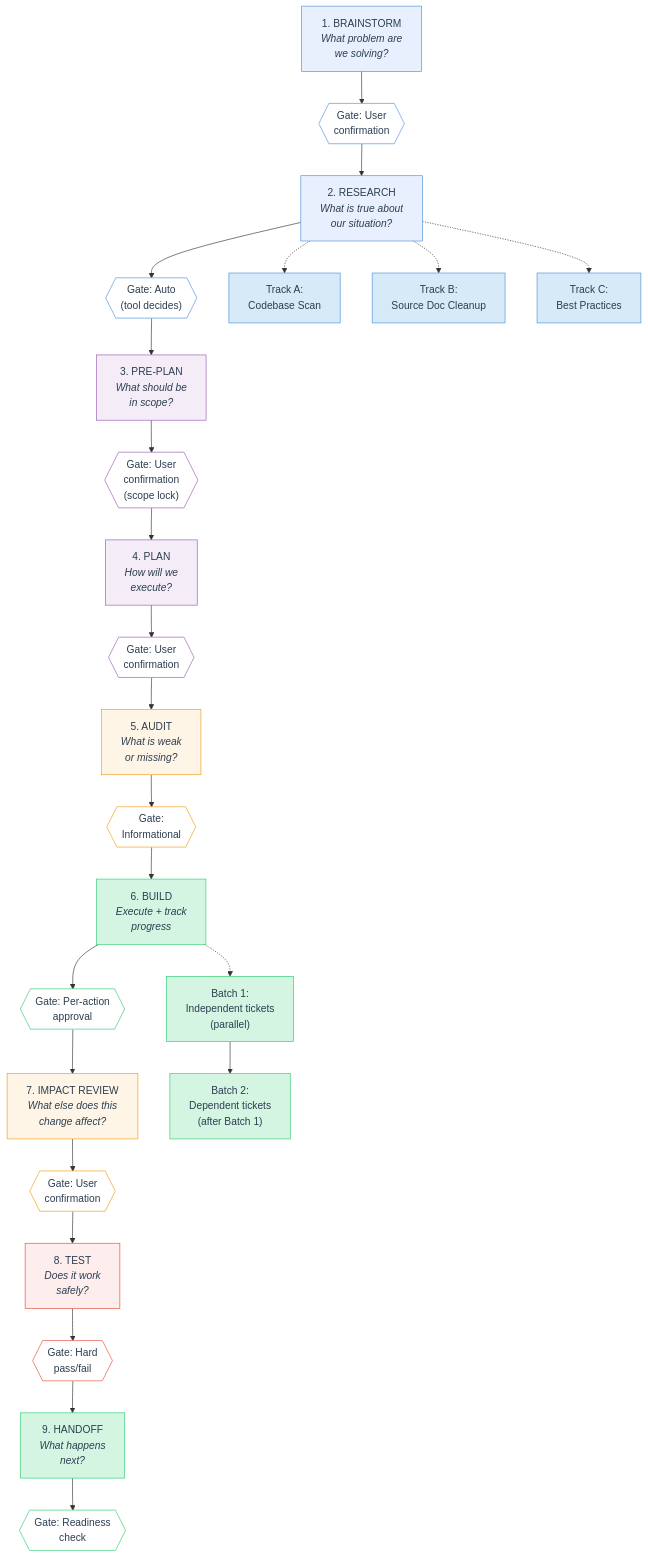
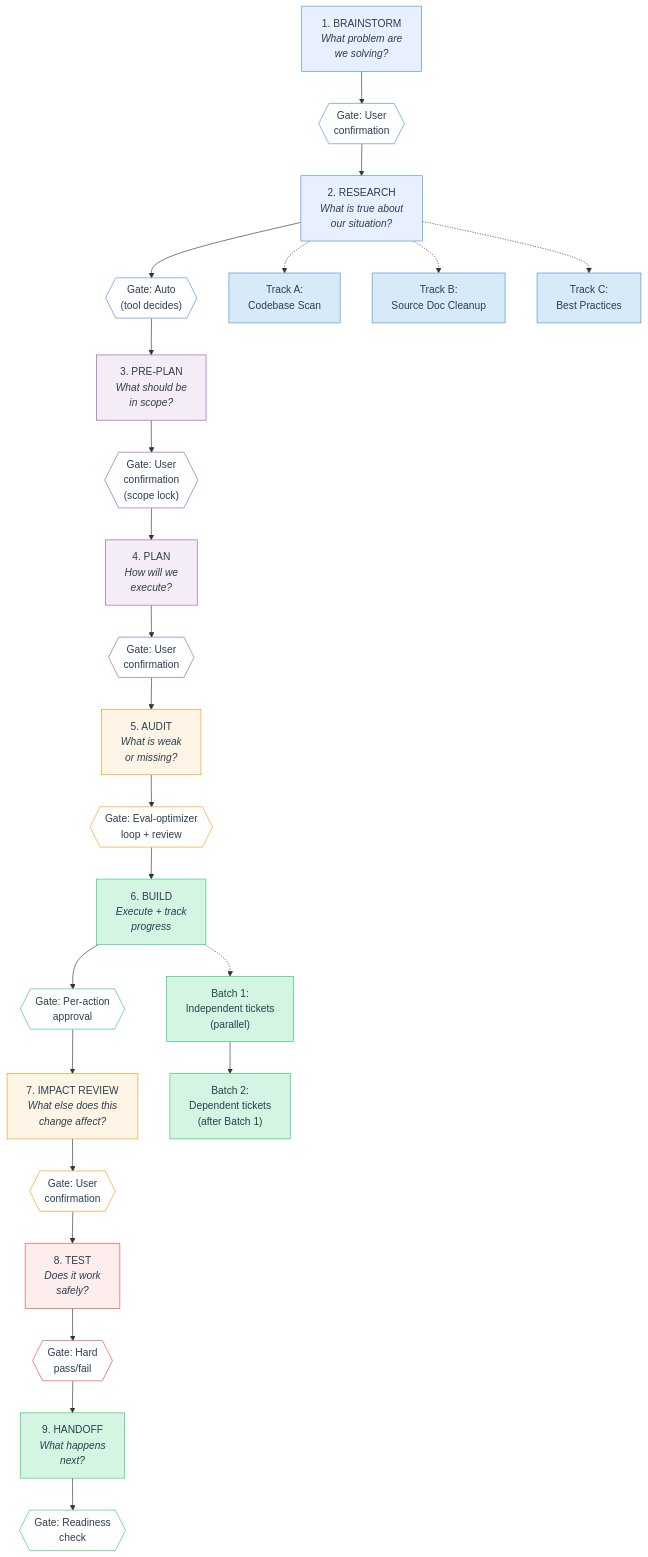
Before and after one commit to krwhynot/deepgrade: the second of 13 diagrams in METHODOLOGY.md, drawn with Mermaid. The commit also changed other lines of this file and 19 other files, not shown here.

````diff
--- a/METHODOLOGY.md
+++ b/METHODOLOGY.md
@@ -208,69 +208,69 @@
 ```mermaid
 flowchart TB
     P1["1. BRAINSTORM<br/><i>What problem are<br/>we solving?</i>"]
     P2["2. RESEARCH<br/><i>What is true about<br/>our situation?</i>"]
     P3["3. PRE-PLAN<br/><i>What should be<br/>in scope?</i>"]
     P4["4. PLAN<br/><i>How will we<br/>execute?</i>"]
     P5["5. AUDIT<br/><i>What is weak<br/>or missing?</i>"]
     P6["6. BUILD<br/><i>Execute + track<br/>progress</i>"]
     P7["7. IMPACT REVIEW<br/><i>What else does this<br/>change affect?</i>"]
     P8["8. TEST<br/><i>Does it work<br/>safely?</i>"]
     P9["9. HANDOFF<br/><i>What happens<br/>next?</i>"]
 
     G1{{"Gate: User<br/>confirmation"}}
     G2{{"Gate: Auto<br/>(tool decides)"}}
     G3{{"Gate: User<br/>confirmation<br/>(scope lock)"}}
     G4{{"Gate: User<br/>confirmation"}}
-    G5{{"Gate:<br/>Informational"}}
+    G5{{"Gate: Eval-optimizer<br/>loop + review"}}
     G6{{"Gate: Per-action<br/>approval"}}
     G7{{"Gate: User<br/>confirmation"}}
     G8{{"Gate: Hard<br/>pass/fail"}}
     G9{{"Gate: Readiness<br/>check"}}
 
     P1 --> G1 --> P2
     P2 --> G2 --> P3
     P3 --> G3 --> P4
     P4 --> G4 --> P5
     P5 --> G5 --> P6
     P6 --> G6 --> P7
     P7 --> G7 --> P8
     P8 --> G8 --> P9
     P9 --> G9
 
     %% Parallel tracks in Research
     P2a["Track A:<br/>Codebase Scan"]
     P2b["Track B:<br/>Source Doc Cleanup"]
     P2c["Track C:<br/>Best Practices"]
     P2 -.-> P2a & P2b & P2c
 
     %% Build parallelism
     P6a["Batch 1:<br/>Independent tickets<br/>(parallel)"]
     P6b["Batch 2:<br/>Dependent tickets<br/>(after Batch 1)"]
     P6 -.-> P6a --> P6b
 
     style P1 fill:#E8F0FE,stroke:#4A90D9,color:#2C3E50
     style P2 fill:#E8F0FE,stroke:#4A90D9,color:#2C3E50
     style P3 fill:#F4ECF7,stroke:#9B59B6,color:#2C3E50
     style P4 fill:#F4ECF7,stroke:#9B59B6,color:#2C3E50
     style P5 fill:#FEF5E7,stroke:#F39C12,color:#2C3E50
     style P6 fill:#D5F5E3,stroke:#2ECC71,color:#2C3E50
     style P7 fill:#FEF5E7,stroke:#F39C12,color:#2C3E50
     style P8 fill:#FDEDEC,stroke:#E74C3C,color:#2C3E50
     style P9 fill:#D5F5E3,stroke:#2ECC71,color:#2C3E50
 
     style G1 fill:#fff,stroke:#4A90D9,color:#2C3E50
     style G2 fill:#fff,stroke:#4A90D9,color:#2C3E50
     style G3 fill:#fff,stroke:#9B59B6,color:#2C3E50
     style G4 fill:#fff,stroke:#9B59B6,color:#2C3E50
     style G5 fill:#fff,stroke:#F39C12,color:#2C3E50
     style G6 fill:#fff,stroke:#2ECC71,color:#2C3E50
     style G7 fill:#fff,stroke:#F39C12,color:#2C3E50
     style G8 fill:#fff,stroke:#E74C3C,color:#2C3E50
     style G9 fill:#fff,stroke:#2ECC71,color:#2C3E50
 
     style P2a fill:#D6EAF8,stroke:#4A90D9,color:#2C3E50
     style P2b fill:#D6EAF8,stroke:#4A90D9,color:#2C3E50
     style P2c fill:#D6EAF8,stroke:#4A90D9,color:#2C3E50
     style P6a fill:#D5F5E3,stroke:#2ECC71,color:#2C3E50
     style P6b fill:#D5F5E3,stroke:#2ECC71,color:#2C3E50
 ```
````
